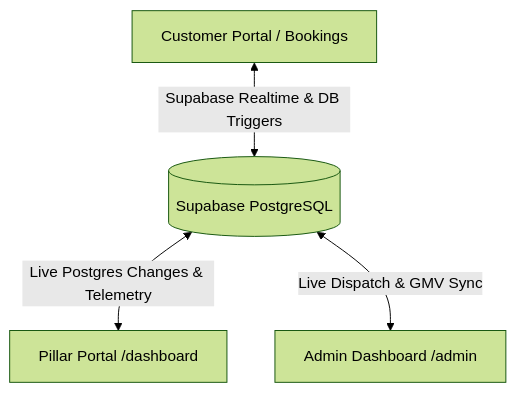
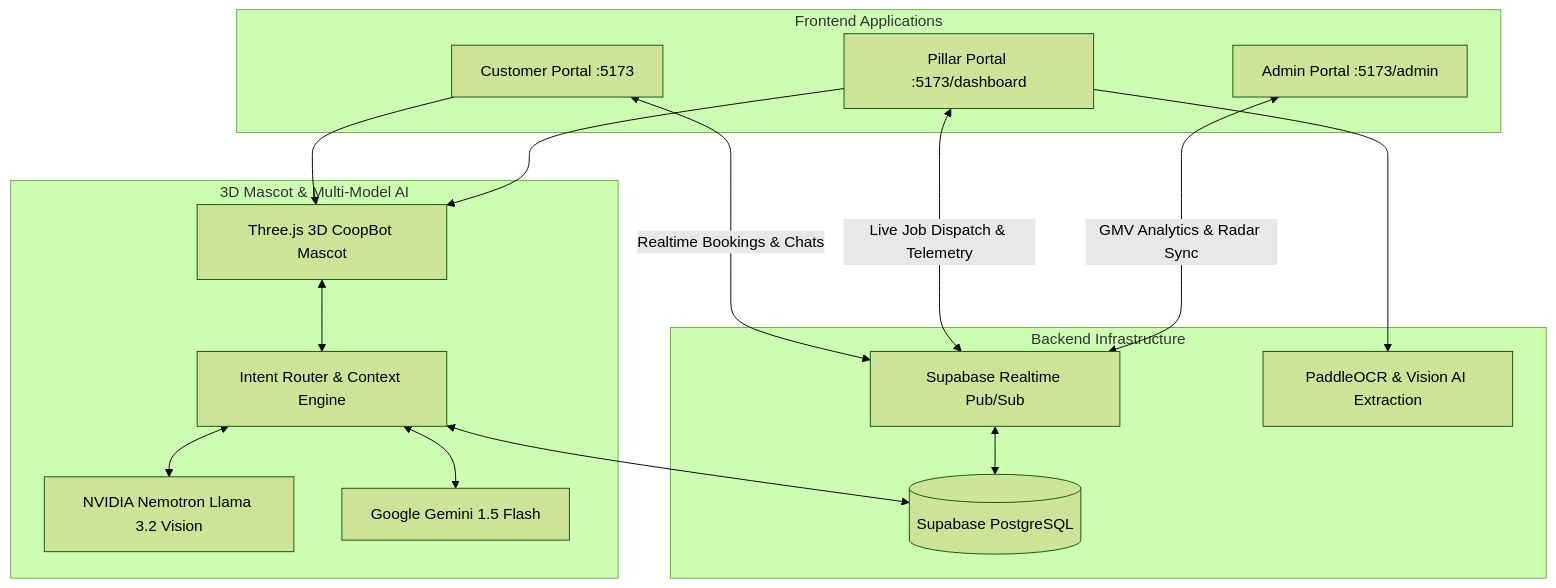
One commit to ANUPRIYA2007/coophub changed the diagram in README.md. Above: the diagram before and after it, drawn with Mermaid (forest theme). The commit also changed other lines of this file and 94 other files, not shown here.

Commit message:
feat(3d-hero): implement full 3D mascot, multi-model real AI pipeline, uncaged portal layouts, and dynamic live route tracking

````diff
--- a/README.md
+++ b/README.md
@@ -38,6 +87,34 @@
 ```mermaid
 graph TD
-    A[Customer Portal / Bookings] <-->|Supabase Realtime & DB Triggers| B[(Supabase PostgreSQL)]
-    B <-->|Live Postgres Changes & Telemetry| C[Pillar Portal /dashboard]
-    B <-->|Live Dispatch & GMV Sync| D[Admin Dashboard /admin]
+    subgraph Frontend Applications
+        CP[Customer Portal :5173]
+        PP[Pillar Portal :5173/dashboard]
+        AP[Admin Portal :5173/admin]
+    end
+
+    subgraph 3D Mascot & Multi-Model AI
+        H3D[Three.js 3D CoopBot Mascot]
+        IR[Intent Router & Context Engine]
+        NIM[NVIDIA Nemotron Llama 3.2 Vision]
+        GEM[Google Gemini 1.5 Flash]
+    end
+
+    subgraph Backend Infrastructure
+        SBA[(Supabase PostgreSQL)]
+        RT[Supabase Realtime Pub/Sub]
+        OCR[PaddleOCR & Vision AI Extraction]
+    end
+
+    CP <-->|Realtime Bookings & Chats| RT
+    PP <-->|Live Job Dispatch & Telemetry| RT
+    AP <-->|GMV Analytics & Radar Sync| RT
+    RT <--> SBA
+
+    CP --> H3D
+    PP --> H3D
+    H3D <--> IR
+    IR <--> NIM
+    IR <--> GEM
+    IR <--> SBA
+    PP --> OCR
 ```
````
